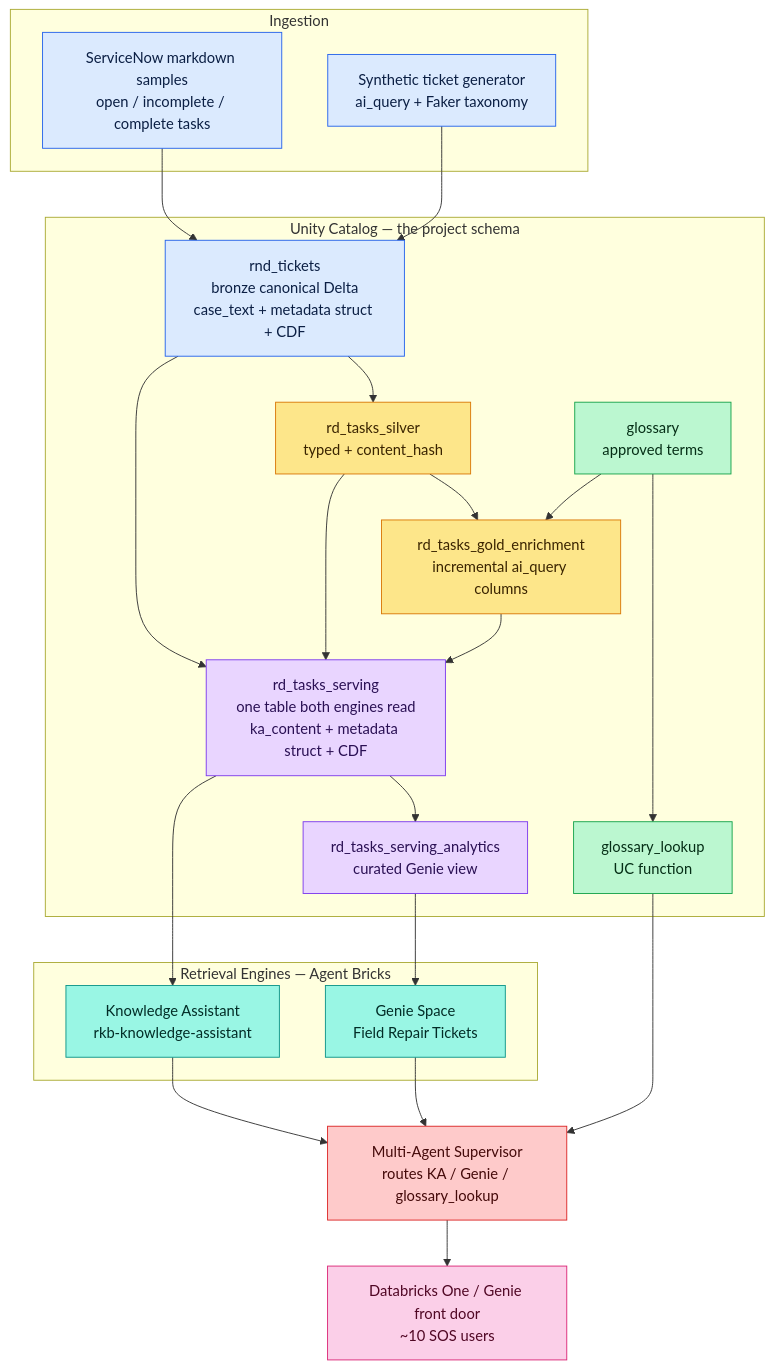
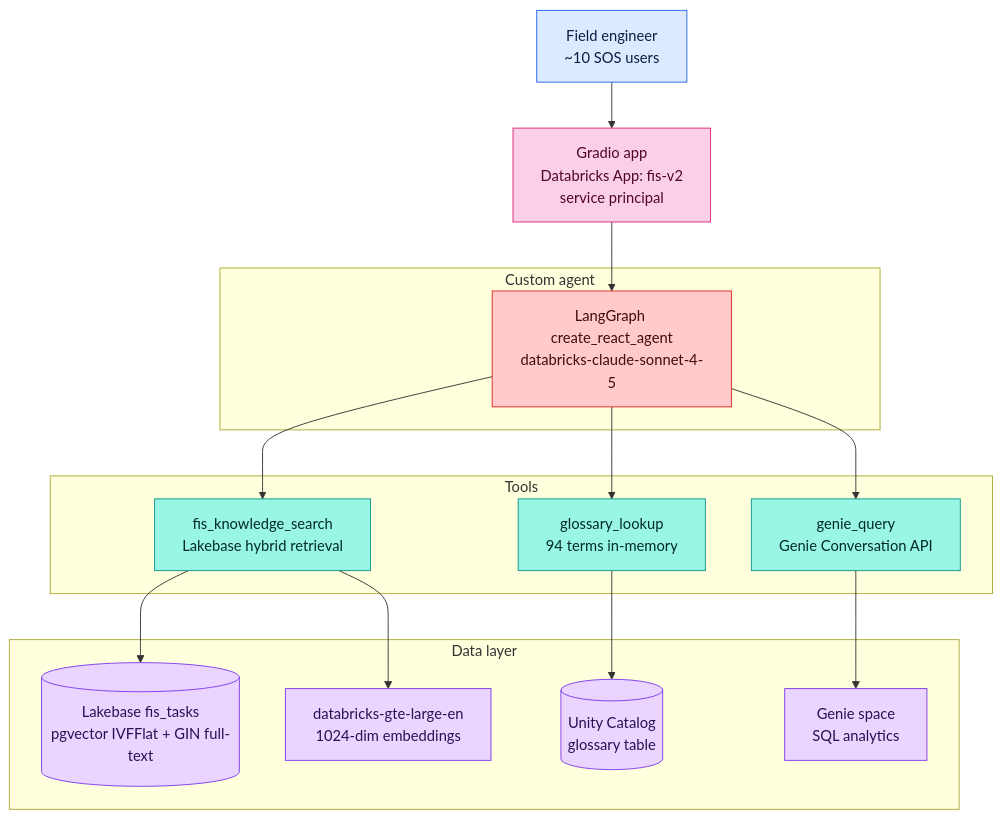
The second of 2 diagrams in ARCHITECTURE.md (databricks-industry-solutions/field-repair-knowledge-assistant), drawn with Mermaid before and after one commit. The commit also changed other lines of this file, not shown here.

First line of the commit message:
docs(v2): rewrite ARCHITECTURE.md for Lakebase + custom LangGraph agent

````diff
--- a/ARCHITECTURE.md
+++ b/ARCHITECTURE.md
@@ -62,60 +104,40 @@
 ```mermaid
 graph TD
-    subgraph Ingestion
-        MD[ServiceNow markdown samples<br/>open / incomplete / complete tasks]
-        SYN[Synthetic ticket generator<br/>ai_query + Faker taxonomy]
+    USER[Field engineer<br/>~10 SOS users]
+    APP[Gradio app<br/>Databricks App: fis-v2<br/>service principal]
+
+    subgraph "Custom agent"
+        AGENT[LangGraph create_react_agent<br/>databricks-claude-sonnet-4-5]
     end
 
-    subgraph "Unity Catalog — the project schema"
-        RAW[rnd_tickets<br/>bronze canonical Delta<br/>case_text + metadata struct + CDF]
-        SILVER[rd_tasks_silver<br/>typed + content_hash]
-        GOLD[rd_tasks_gold_enrichment<br/>incremental ai_query columns]
-        SERVING[rd_tasks_serving<br/>one table both engines read<br/>ka_content + metadata struct + CDF]
-        VIEW[rd_tasks_serving_analytics<br/>curated Genie view]
-        GLOSS[glossary<br/>approved terms]
-        FN[glossary_lookup<br/>UC function]
+    subgraph "Tools"
+        SEARCH[fis_knowledge_search<br/>Lakebase hybrid retrieval]
+        GLOSS[glossary_lookup<br/>94 terms in-memory]
+        GENIE_T[genie_query<br/>Genie Conversation API]
     end
 
-    subgraph "Retrieval Engines — Agent Bricks"
-        KA[Knowledge Assistant<br/>rkb-knowledge-assistant]
-        GENIE[Genie Space<br/>Field Repair Tickets]
+    subgraph "Data layer"
+        LB[(Lakebase fis_tasks<br/>pgvector IVFFlat + GIN full-text)]
+        UC[(Unity Catalog<br/>glossary table)]
+        GS[Genie space<br/>SQL analytics]
+        EMB[databricks-gte-large-en<br/>1024-dim embeddings]
     end
 
-    MAS[Multi-Agent Supervisor<br/>routes KA / Genie / glossary_lookup]
-    FRONT[Databricks One / Genie front door<br/>~10 SOS users]
+    USER --> APP --> AGENT
+    AGENT --> SEARCH --> LB
+    SEARCH --> EMB
+    AGENT --> GLOSS --> UC
+    AGENT --> GENIE_T --> GS
 
-    MD --> RAW
-    SYN --> RAW
-    RAW --> SILVER
-    SILVER --> GOLD
-    RAW --> SERVING
-    SILVER --> SERVING
-    GOLD --> SERVING
-    SERVING --> VIEW
-    GLOSS --> FN
-    GLOSS --> GOLD
+    classDef user fill:#dbeafe,stroke:#2563eb,stroke-width:1px,color:#0b1f44;
+    classDef app  fill:#fbcfe8,stroke:#db2777,stroke-width:1px,color:#500724;
+    classDef agent fill:#fecaca,stroke:#dc2626,stroke-width:1px,color:#450a0a;
+    classDef tool fill:#99f6e4,stroke:#0d9488,stroke-width:1px,color:#022c26;
+    classDef data fill:#e9d5ff,stroke:#7c3aed,stroke-width:1px,color:#2a1054;
 
-    SERVING --> KA
-    VIEW --> GENIE
-
-    KA --> MAS
-    GENIE --> MAS
-    FN --> MAS
-    MAS --> FRONT
-
-    classDef source fill:#dbeafe,stroke:#2563eb,stroke-width:1px,color:#0b1f44;
-    classDef enrich fill:#fde68a,stroke:#d97706,stroke-width:1px,color:#3a2400;
-    classDef table  fill:#e9d5ff,stroke:#7c3aed,stroke-width:1px,color:#2a1054;
-    classDef gloss  fill:#bbf7d0,stroke:#16a34a,stroke-width:1px,color:#052e16;
-    classDef engine fill:#99f6e4,stroke:#0d9488,stroke-width:1px,color:#022c26;
-    classDef sup    fill:#fecaca,stroke:#dc2626,stroke-width:1px,color:#450a0a;
-    classDef front  fill:#fbcfe8,stroke:#db2777,stroke-width:1px,color:#500724;
-
-    class MD,SYN,RAW source;
-    class SILVER,GOLD enrich;
-    class SERVING,VIEW table;
-    class GLOSS,FN gloss;
-    class KA,GENIE engine;
-    class MAS sup;
-    class FRONT front;
+    class USER user;
+    class APP app;
+    class AGENT agent;
+    class SEARCH,GLOSS,GENIE_T tool;
+    class LB,UC,GS,EMB data;
 ```
````
